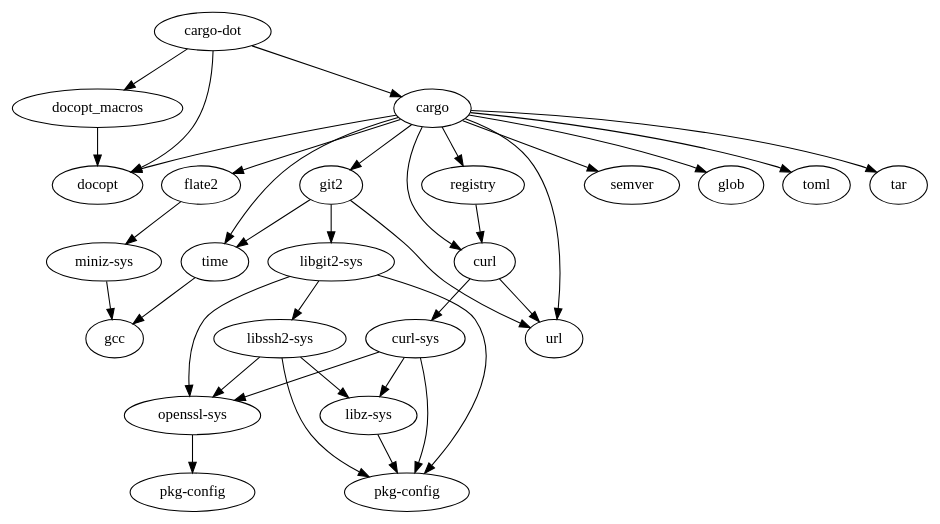
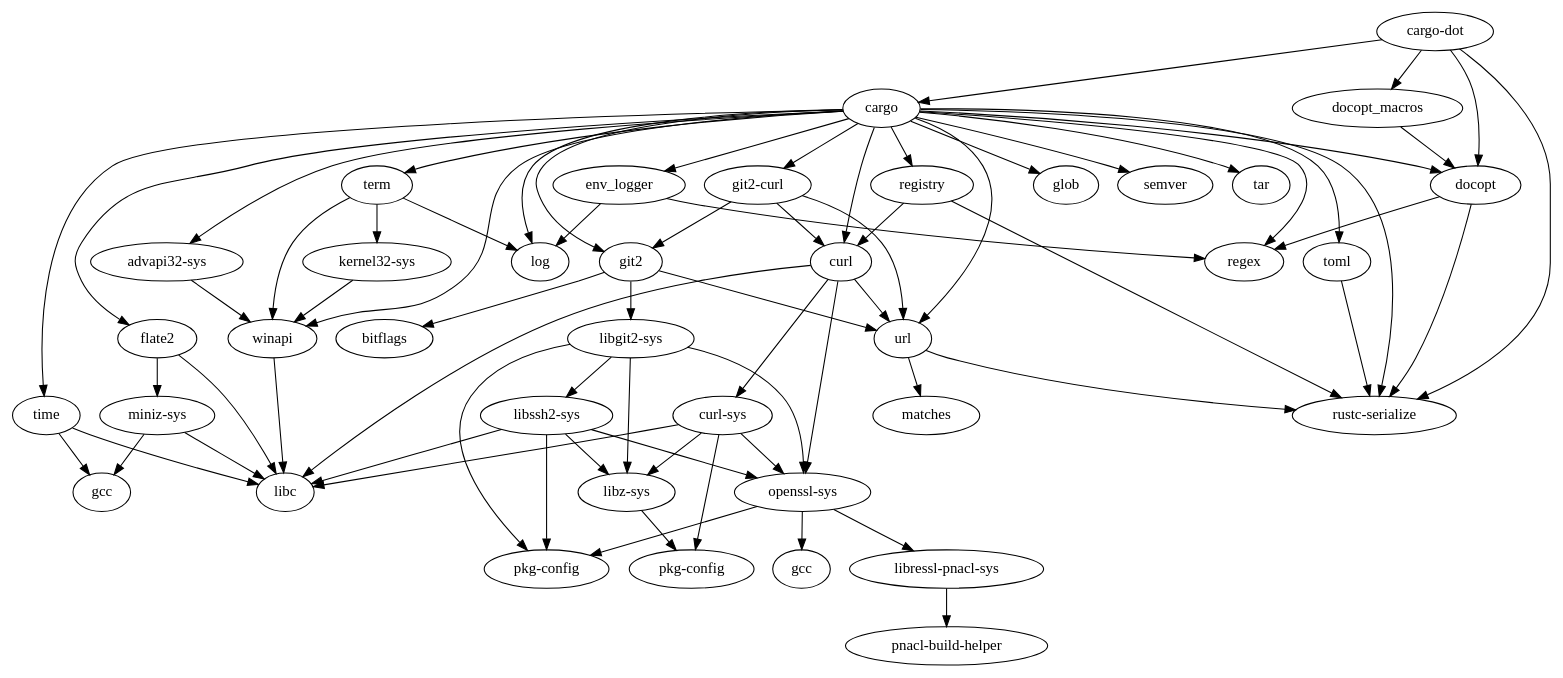
One commit to kbknapp/cargo-graph changed the diagram in etc/cargo-dot.dot. Above: the diagram before and after it, drawn with Graphviz. The commit also changed 1 other file, not shown here.

Commit message:
Update cargo dot pic

```diff
--- a/etc/cargo-dot.dot
+++ b/etc/cargo-dot.dot
@@ -1,60 +1,112 @@
 digraph dependencies {
     N0[label="cargo-dot"];
-    N1[label="tar"];
-    N2[label="docopt_macros"];
-    N3[label="docopt"];
-    N4[label="flate2"];
-    N5[label="miniz-sys"];
-    N6[label="pkg-config"];
-    N7[label="gcc"];
-    N8[label="registry"];
-    N9[label="curl"];
-    N10[label="semver"];
-    N11[label="curl-sys"];
-    N12[label="openssl-sys"];
-    N13[label="pkg-config"];
+    N1[label="openssl-sys"];
+    N2[label="libressl-pnacl-sys"];
+    N3[label="pkg-config"];
+    N4[label="gcc"];
+    N5[label="matches"];
+    N6[label="toml"];
+    N7[label="rustc-serialize"];
+    N8[label="libc"];
+    N9[label="git2"];
+    N10[label="url"];
+    N11[label="libgit2-sys"];
+    N12[label="bitflags"];
+    N13[label="libssh2-sys"];
     N14[label="libz-sys"];
-    N15[label="url"];
-    N16[label="glob"];
-    N17[label="cargo"];
-    N18[label="time"];
-    N19[label="git2"];
-    N20[label="toml"];
-    N21[label="libgit2-sys"];
-    N22[label="libssh2-sys"];
-    N2 -> N3[label=""];
-    N4 -> N5[label=""];
-    N8 -> N9[label=""];
-    N11 -> N12[label=""];
+    N15[label="time"];
+    N16[label="gcc"];
+    N17[label="term"];
+    N18[label="winapi"];
+    N19[label="log"];
+    N20[label="kernel32-sys"];
+    N21[label="regex"];
+    N22[label="miniz-sys"];
+    N23[label="pkg-config"];
+    N24[label="pnacl-build-helper"];
+    N25[label="advapi32-sys"];
+    N26[label="curl-sys"];
+    N27[label="cargo"];
+    N28[label="git2-curl"];
+    N29[label="flate2"];
+    N30[label="curl"];
+    N31[label="glob"];
+    N32[label="semver"];
+    N33[label="tar"];
+    N34[label="registry"];
+    N35[label="docopt"];
+    N36[label="env_logger"];
+    N37[label="docopt_macros"];
+    N1 -> N2[label=""];
+    N1 -> N3[label=""];
+    N1 -> N4[label=""];
+    N6 -> N7[label=""];
+    N9 -> N10[label=""];
+    N9 -> N11[label=""];
+    N9 -> N12[label=""];
     N11 -> N13[label=""];
     N11 -> N14[label=""];
-    N12 -> N6[label=""];
+    N11 -> N1[label=""];
+    N11 -> N3[label=""];
+    N15 -> N8[label=""];
+    N15 -> N16[label=""];
     N17 -> N18[label=""];
-    N17 -> N9[label=""];
-    N17 -> N16[label=""];
-    N17 -> N10[label=""];
-    N17 -> N3[label=""];
-    N17 -> N1[label=""];
-    N17 -> N8[label=""];
-    N17 -> N4[label=""];
     N17 -> N19[label=""];
     N17 -> N20[label=""];
-    N17 -> N15[label=""];
-    N9 -> N11[label=""];
-    N9 -> N15[label=""];
-    N21 -> N22[label=""];
-    N21 -> N13[label=""];
-    N21 -> N12[label=""];
-    N14 -> N13[label=""];
-    N0 -> N2[label=""];
-    N0 -> N17[label=""];
-    N0 -> N3[label=""];
-    N5 -> N7[label=""];
-    N18 -> N7[label=""];
-    N19 -> N18[label=""];
-    N19 -> N15[label=""];
-    N19 -> N21[label=""];
-    N22 -> N12[label=""];
-    N22 -> N14[label=""];
-    N22 -> N13[label=""];
+    N13 -> N1[label=""];
+    N13 -> N14[label=""];
+    N13 -> N3[label=""];
+    N13 -> N8[label=""];
+    N22 -> N16[label=""];
+    N22 -> N8[label=""];
+    N14 -> N23[label=""];
+    N20 -> N18[label=""];
+    N25 -> N18[label=""];
+    N26 -> N23[label=""];
+    N26 -> N1[label=""];
+    N26 -> N8[label=""];
+    N26 -> N14[label=""];
+    N27 -> N18[label=""];
+    N27 -> N19[label=""];
+    N27 -> N28[label=""];
+    N27 -> N29[label=""];
+    N27 -> N6[label=""];
+    N27 -> N30[label=""];
+    N27 -> N31[label=""];
+    N27 -> N32[label=""];
+    N27 -> N33[label=""];
+    N27 -> N34[label=""];
+    N27 -> N35[label=""];
+    N27 -> N25[label=""];
+    N27 -> N10[label=""];
+    N27 -> N36[label=""];
+    N27 -> N21[label=""];
+    N27 -> N9[label=""];
+    N27 -> N17[label=""];
+    N27 -> N7[label=""];
+    N27 -> N15[label=""];
+    N2 -> N24[label=""];
+    N28 -> N10[label=""];
+    N28 -> N9[label=""];
+    N28 -> N30[label=""];
+    N10 -> N7[label=""];
+    N10 -> N5[label=""];
+    N37 -> N35[label=""];
+    N29 -> N22[label=""];
+    N29 -> N8[label=""];
+    N36 -> N21[label=""];
+    N36 -> N19[label=""];
+    N35 -> N7[label=""];
+    N35 -> N21[label=""];
+    N18 -> N8[label=""];
+    N0 -> N37[label=""];
+    N0 -> N7[label=""];
+    N0 -> N27[label=""];
+    N0 -> N35[label=""];
+    N34 -> N30[label=""];
+    N34 -> N7[label=""];
+    N30 -> N1[label=""];
+    N30 -> N10[label=""];
+    N30 -> N8[label=""];
+    N30 -> N26[label=""];
 }
```
